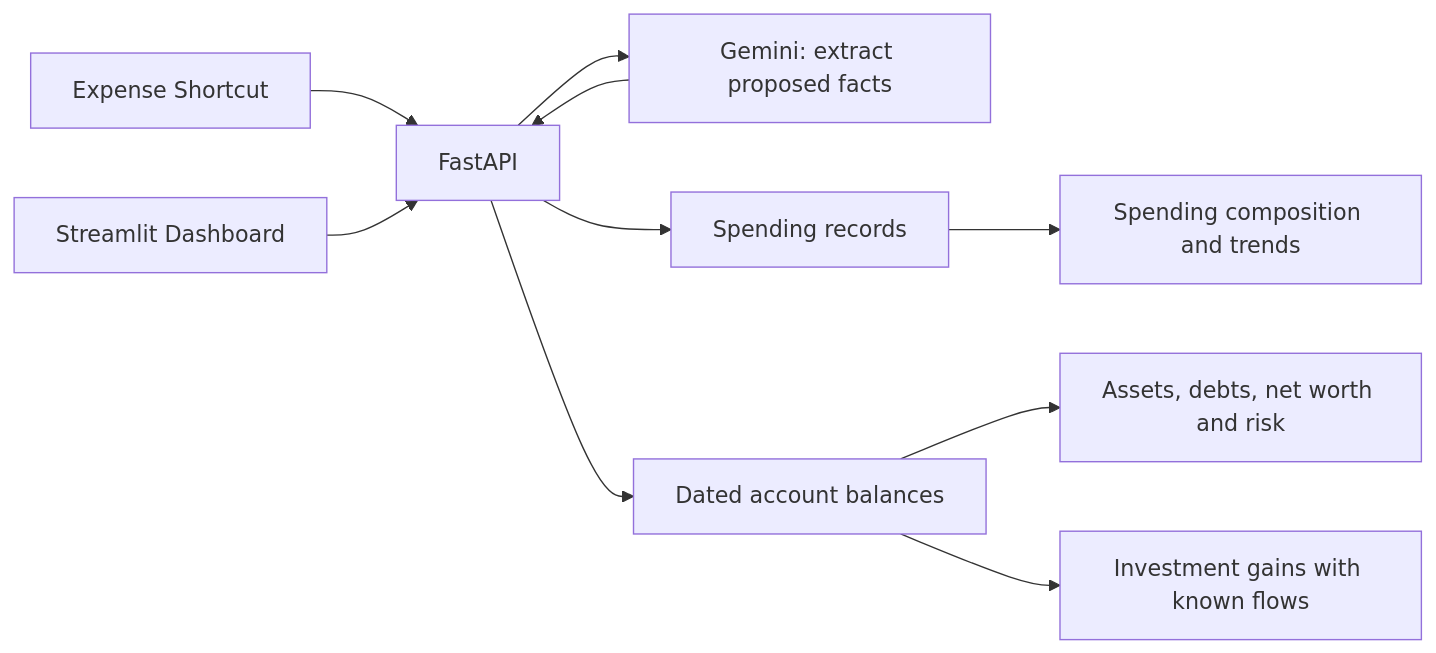
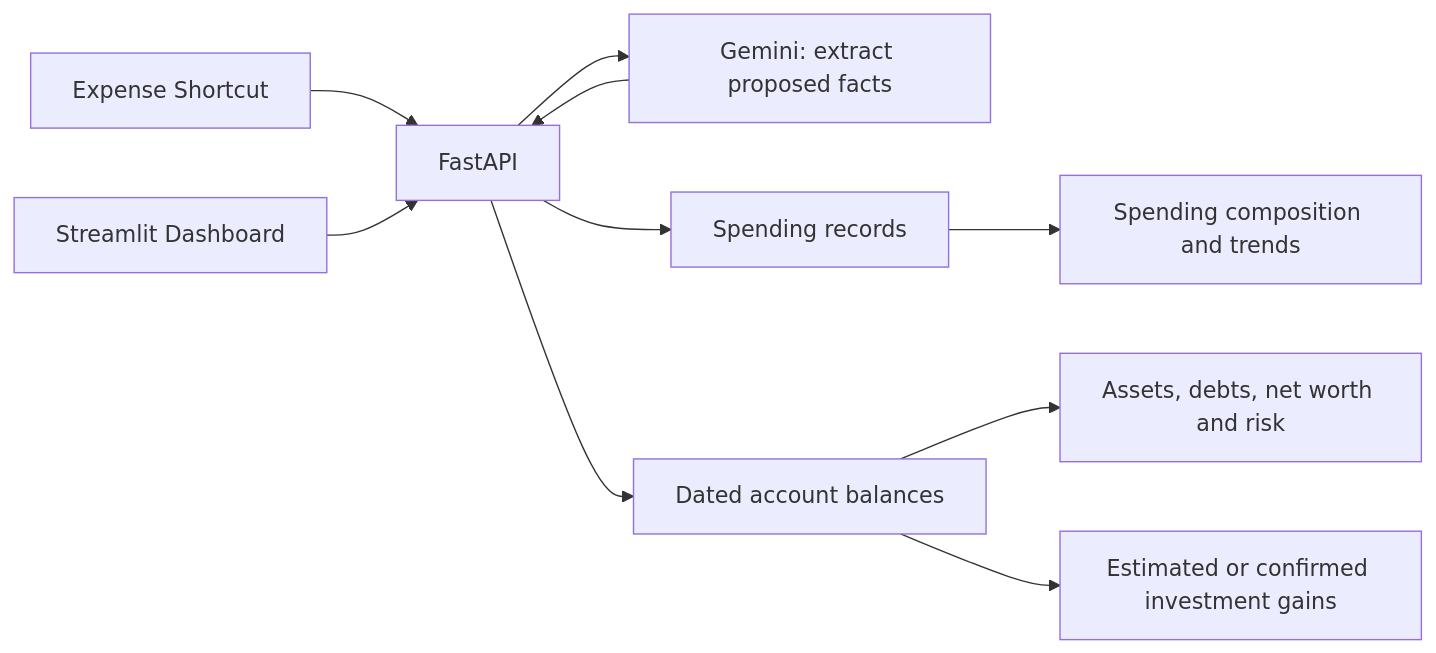
One commit to xuesishen9587-del/VibeLedger changed the diagram in TARGET_DOMAIN_MODEL.md. Above: the diagram before and after it, drawn with Mermaid. The commit also changed other lines of this file and 8 other files, not shown here.

Commit message:
docs: refine simplified architecture with user requirements

````diff
--- a/TARGET_DOMAIN_MODEL.md
+++ b/TARGET_DOMAIN_MODEL.md
@@ -30,12 +32,12 @@
 ```mermaid
 flowchart LR
     Phone[Expense Shortcut] --> API[FastAPI]
     UI[Streamlit Dashboard] --> API
     API --> AI[Gemini: extract proposed facts]
     AI --> API
     API --> Spending[Spending records]
     API --> Balances[Dated account balances]
     Balances --> Wealth[Assets, debts, net worth and risk]
-    Balances --> Gains[Investment gains with known flows]
+    Balances --> Gains[Estimated or confirmed investment gains]
     Spending --> Habits[Spending composition and trends]
 ```
````
